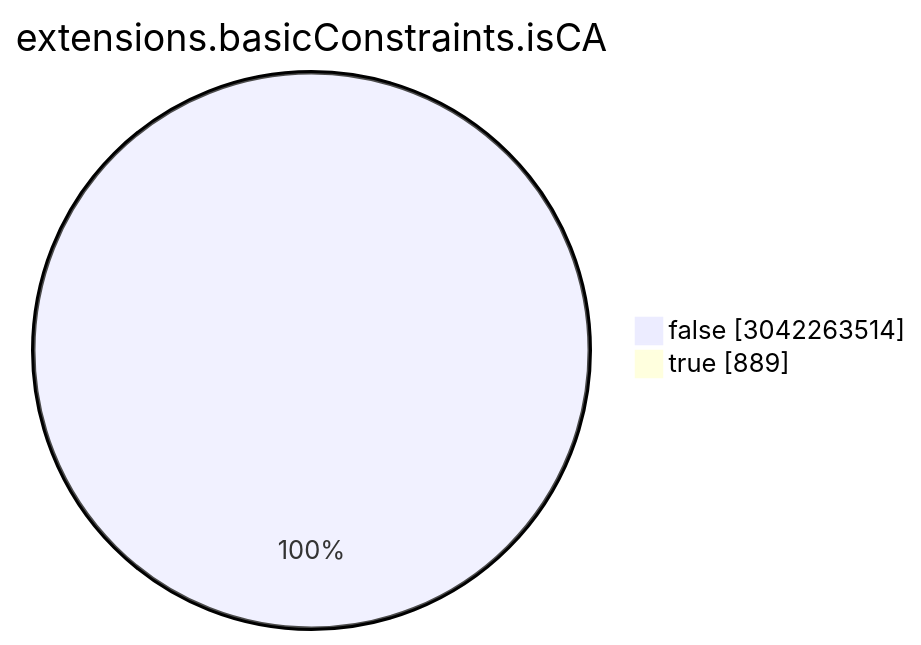
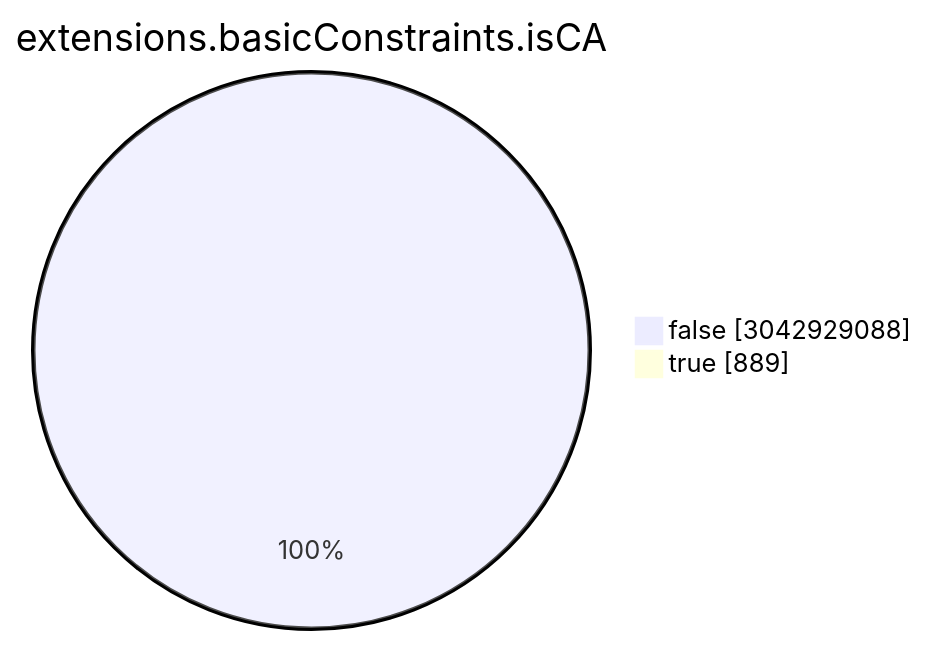
Before and after one commit to christiankrug/ctmonitor_visualization: the seventh of 15 diagrams in TOTAL/README.md, drawn with Mermaid. The commit also changed other lines of this file, not shown here.

````diff
--- a/TOTAL/README.md
+++ b/TOTAL/README.md
@@ -3088,6 +3088,6 @@
 ```mermaid
 pie showData
 title extensions.basicConstraints.isCA
-"false" :3042263514
+"false" :3042929088
 "true" :889
 ```
````
